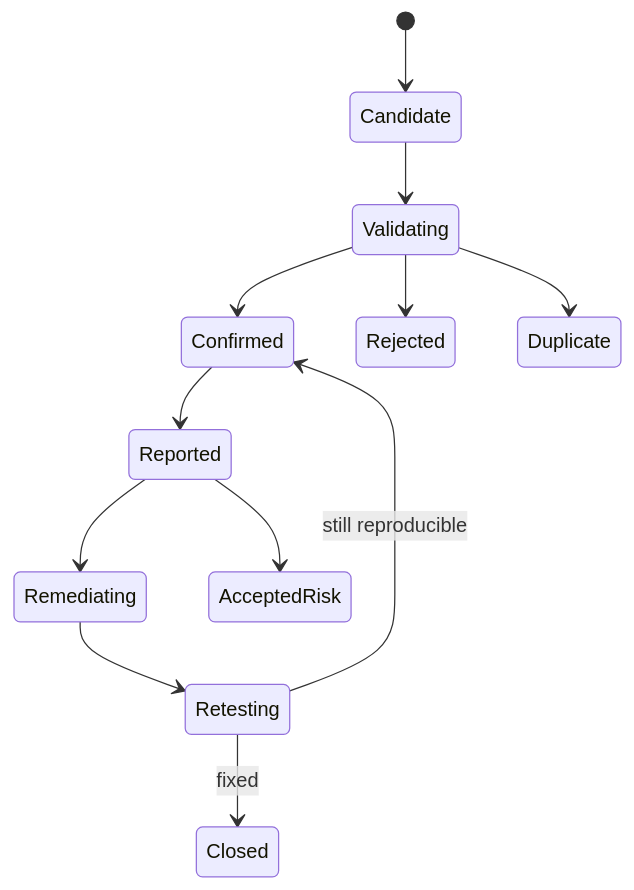
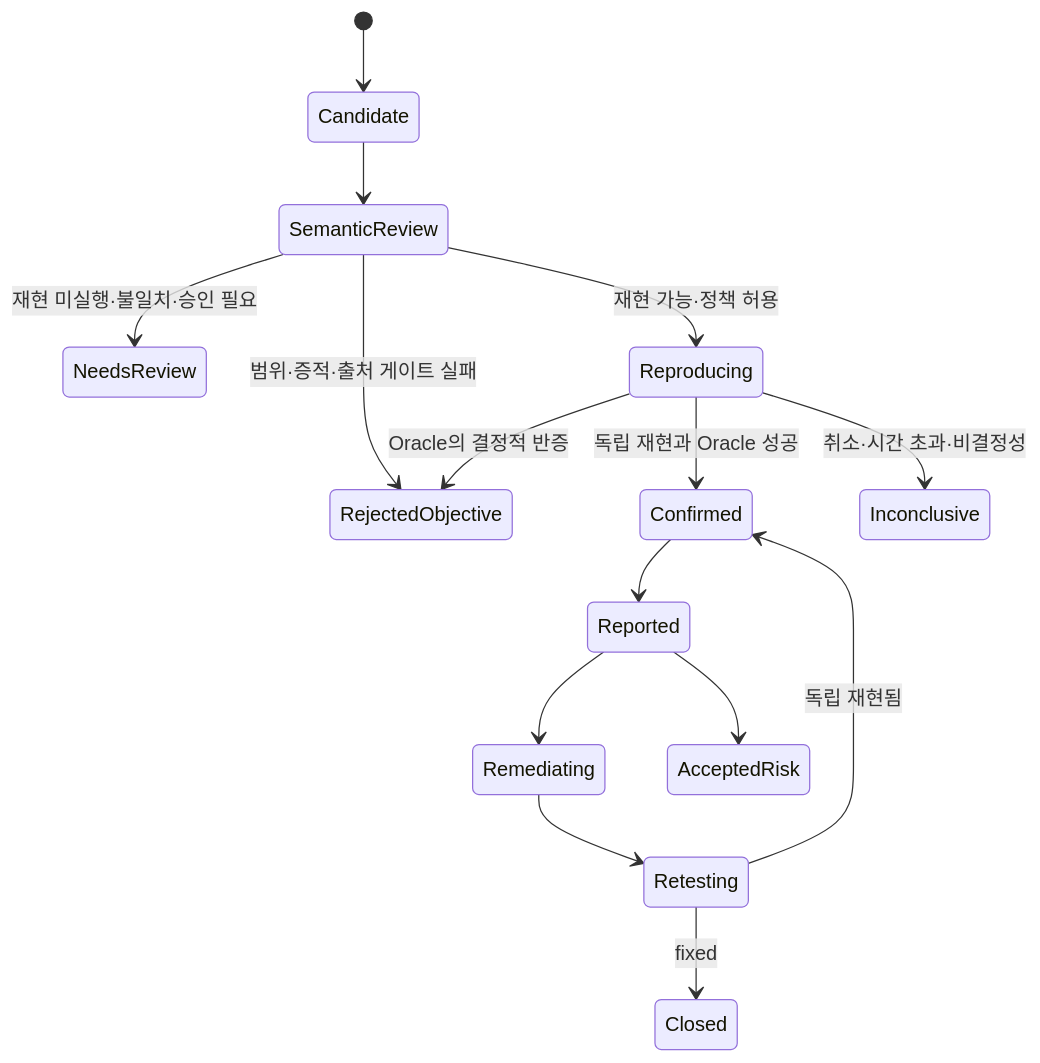
One commit to HYEXE/PAJIN changed the third of 3 diagrams in docs/PAJIN_PRODUCT_PLAN.md. Above: the diagram before and after it, drawn with Mermaid. The commit also changed other lines of this file and 14 other files, not shown here.

````diff
--- a/docs/PAJIN_PRODUCT_PLAN.md
+++ b/docs/PAJIN_PRODUCT_PLAN.md
@@ -673,14 +707,17 @@
 ```mermaid
 stateDiagram-v2
     [*] --> Candidate
-    Candidate --> Validating
-    Validating --> Confirmed
-    Validating --> Rejected
-    Validating --> Duplicate
+    Candidate --> SemanticReview
+    SemanticReview --> NeedsReview: 재현 미실행·불일치·승인 필요
+    SemanticReview --> RejectedObjective: 범위·증적·출처 게이트 실패
+    SemanticReview --> Reproducing: 재현 가능·정책 허용
+    Reproducing --> Confirmed: 독립 재현과 Oracle 성공
+    Reproducing --> Inconclusive: 취소·시간 초과·비결정성
+    Reproducing --> RejectedObjective: Oracle의 결정적 반증
     Confirmed --> Reported
     Reported --> Remediating
     Remediating --> Retesting
     Retesting --> Closed: fixed
-    Retesting --> Confirmed: still reproducible
+    Retesting --> Confirmed: 독립 재현됨
     Reported --> AcceptedRisk
 ```
````
